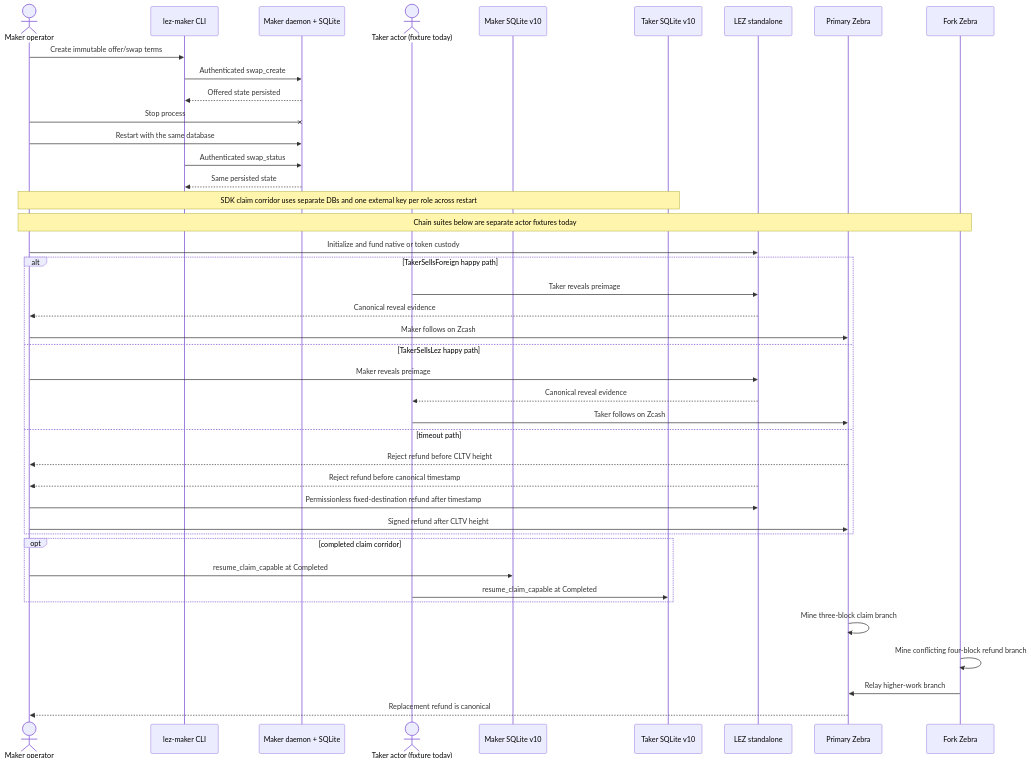
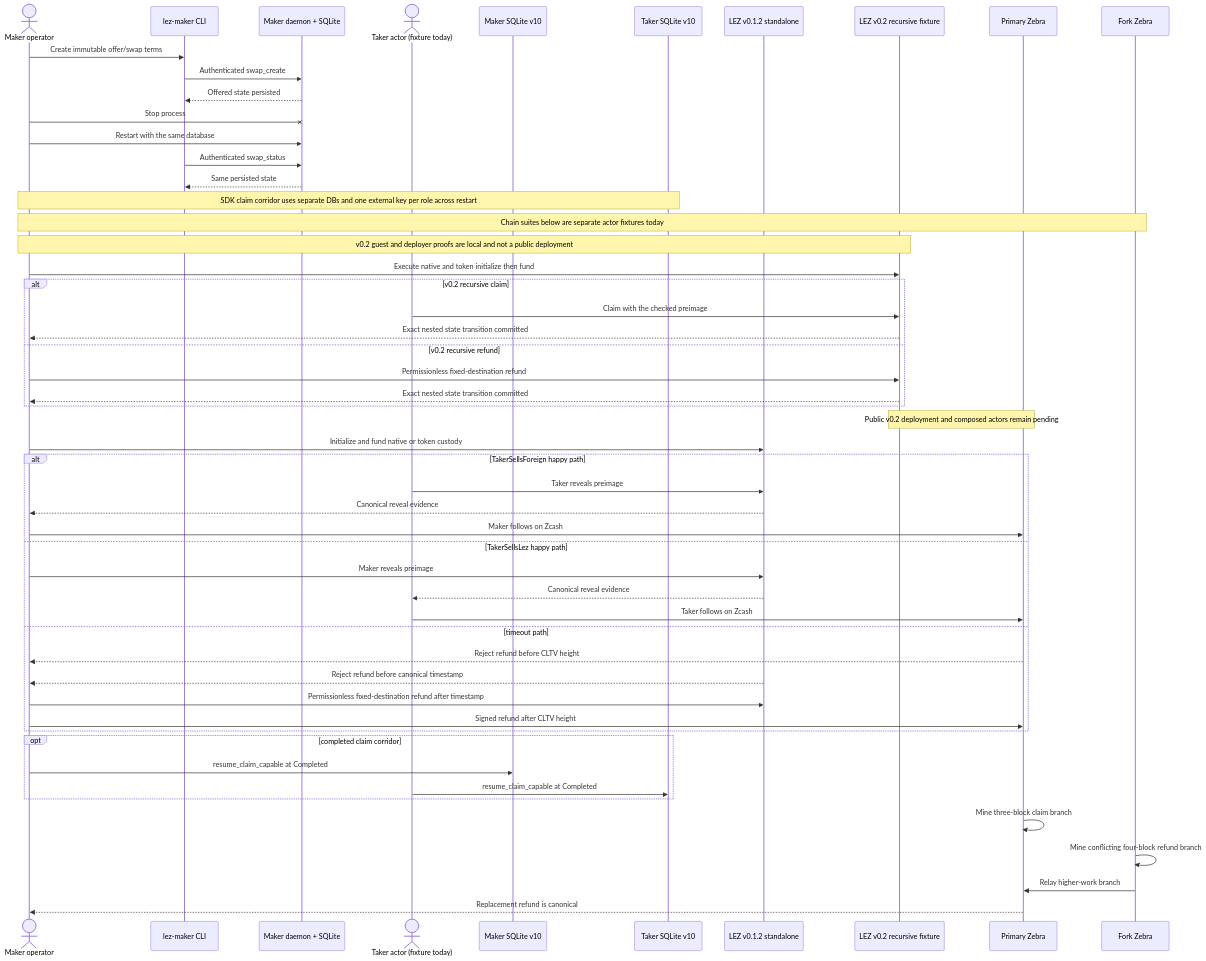
The diagram in docs/manual-user-flows.md (gateway-fm/lez-atomic-swaps), drawn with Mermaid before and after one commit. The commit also changed other lines of this file and 7 other files, not shown here.

````diff
--- a/docs/manual-user-flows.md
+++ b/docs/manual-user-flows.md
@@ -36,46 +36,57 @@
 ```mermaid
 sequenceDiagram
     actor Operator as Maker operator
     participant CLI as lez-maker CLI
     participant Daemon as Maker daemon + SQLite
     actor Taker as Taker actor (fixture today)
     participant MakerDB as Maker SQLite v10
     participant TakerDB as Taker SQLite v10
-    participant LEZ as LEZ standalone
+    participant LEZ as LEZ v0.1.2 standalone
+    participant V02 as LEZ v0.2 recursive fixture
     participant Z1 as Primary Zebra
     participant Z2 as Fork Zebra
 
     Operator->>CLI: Create immutable offer/swap terms
     CLI->>Daemon: Authenticated swap_create
     Daemon-->>CLI: Offered state persisted
     Operator-xDaemon: Stop process
     Operator->>Daemon: Restart with the same database
     CLI->>Daemon: Authenticated swap_status
     Daemon-->>CLI: Same persisted state
 
     Note over Operator,TakerDB: SDK claim corridor uses separate DBs and one external key per role across restart
     Note over Operator,Z2: Chain suites below are separate actor fixtures today
+    Note over Operator,V02: v0.2 guest and deployer proofs are local and not a public deployment
+    Operator->>V02: Execute native and token initialize then fund
+    alt v0.2 recursive claim
+        Taker->>V02: Claim with the checked preimage
+        V02-->>Operator: Exact nested state transition committed
+    else v0.2 recursive refund
+        Operator->>V02: Permissionless fixed-destination refund
+        V02-->>Operator: Exact nested state transition committed
+    end
+    Note over V02,Z1: Public v0.2 deployment and composed actors remain pending
     Operator->>LEZ: Initialize and fund native or token custody
     alt TakerSellsForeign happy path
         Taker->>LEZ: Taker reveals preimage
         LEZ-->>Operator: Canonical reveal evidence
         Operator->>Z1: Maker follows on Zcash
     else TakerSellsLez happy path
         Operator->>LEZ: Maker reveals preimage
         LEZ-->>Taker: Canonical reveal evidence
         Taker->>Z1: Taker follows on Zcash
     else timeout path
         Z1-->>Operator: Reject refund before CLTV height
         LEZ-->>Operator: Reject refund before canonical timestamp
         Operator->>LEZ: Permissionless fixed-destination refund after timestamp
         Operator->>Z1: Signed refund after CLTV height
     end
     opt completed claim corridor
         Operator->>MakerDB: resume_claim_capable at Completed
         Taker->>TakerDB: resume_claim_capable at Completed
     end
     Z1->>Z1: Mine three-block claim branch
     Z2->>Z2: Mine conflicting four-block refund branch
     Z2->>Z1: Relay higher-work branch
     Z1-->>Operator: Replacement refund is canonical
 ```
````
